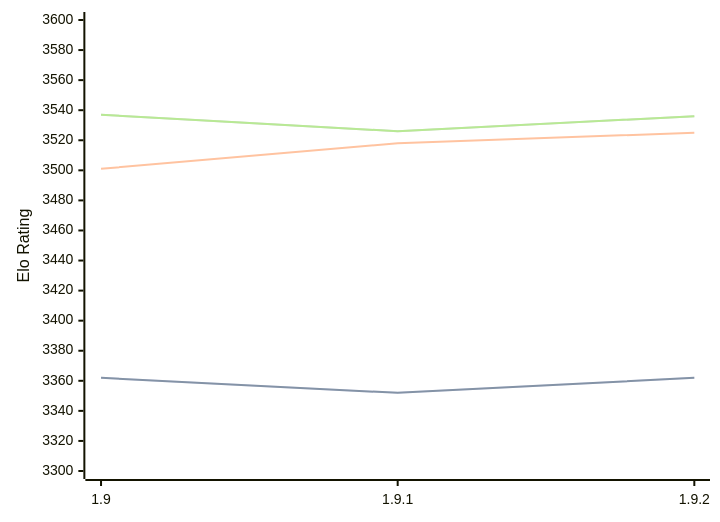
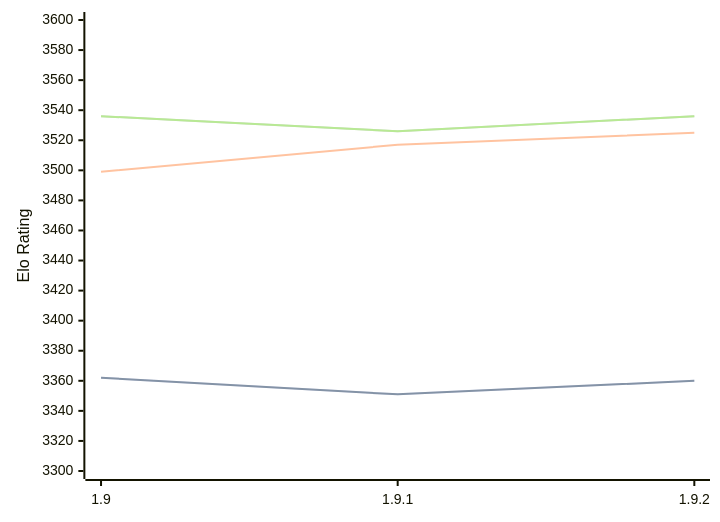
Before and after one commit to computer-chess-index/cci: the first of 3 diagrams in engines/Pawnocchio.md, drawn with Mermaid. The commit also changed other lines of this file, not shown here.

Commit message:
Update CCI Ratings (ELO VLTC) - 2026-06-27

````diff
--- a/engines/Pawnocchio.md
+++ b/engines/Pawnocchio.md
@@ -48,11 +48,11 @@
 ```mermaid
 %%{init: {"theme":"base","themeVariables":{"seriesColors:['#a3a3a3','#222221','#faa371']}}}%%
 xychart-beta
   x-axis ["1.9", "1.9.1", "1.9.2"]
   y-axis "Elo Rating" 3300 --> 3600
-  line "STC (8.0+0.08s)" [3362, 3352, 3362]
-  line "STC (8.0+0.08s)" [3362, 3352, 3362]
-  line "LTC (60.0+0.60s)" [3501, 3518, 3525]
-  line "VLTC (2m24s+1.12s)" [3537, 3526, 3536]
-  line "VLTC (2m24s+1.12s)" [3537, 3526, 3536]
+  line "STC (8.0+0.08s)" [3362, 3351, 3360]
+  line "STC (8.0+0.08s)" [3362, 3351, 3360]
+  line "LTC (60.0+0.60s)" [3499, 3517, 3525]
+  line "VLTC (2m24s+1.12s)" [3536, 3526, 3536]
+  line "VLTC (2m24s+1.12s)" [3536, 3526, 3536]
 ```
````
